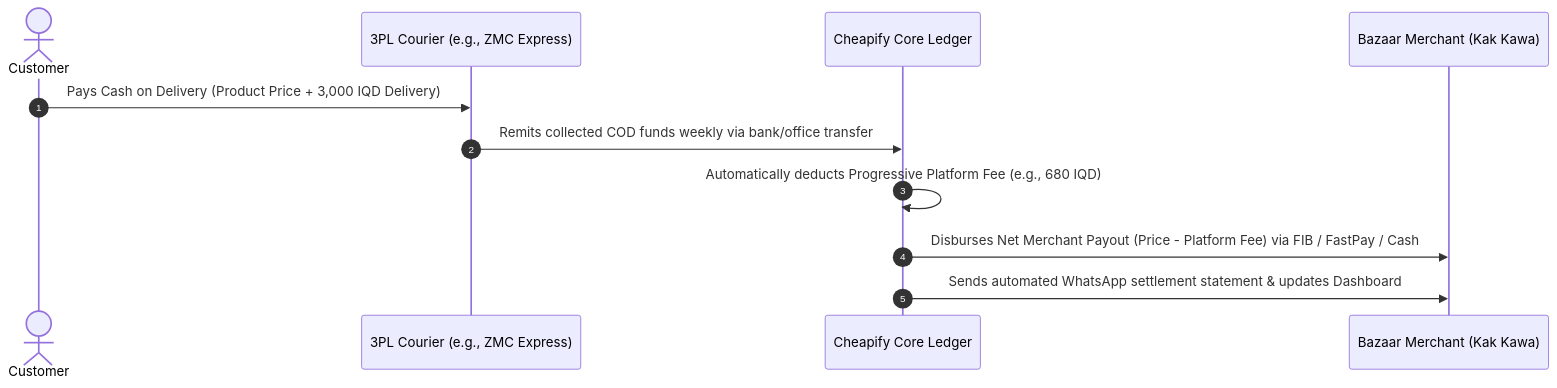
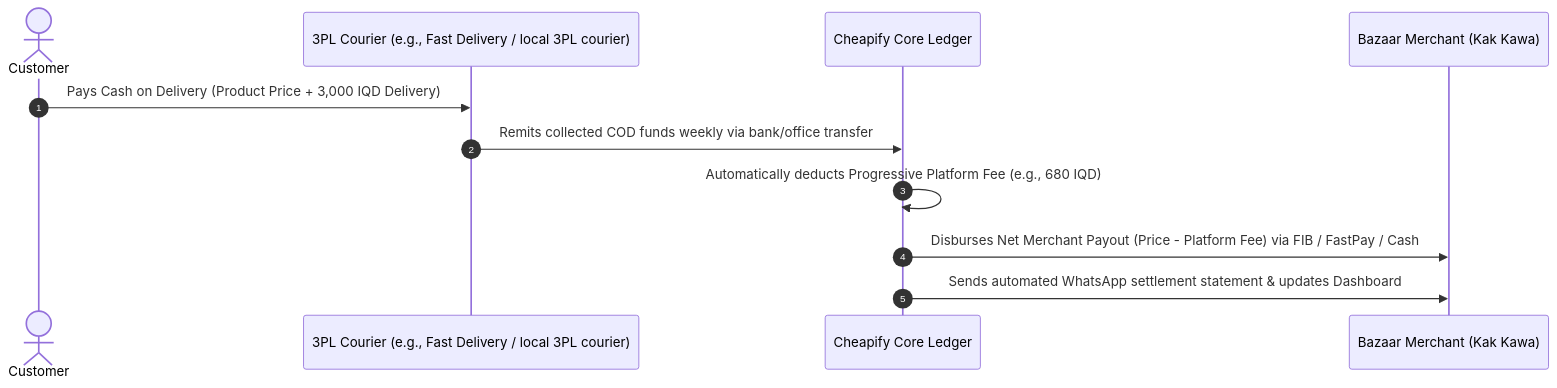
One commit to shakerbr/cheapify changed the diagram in platform/fee_structure_and_monetization.md. Above: the diagram before and after it, drawn with Mermaid. The commit also changed 16 other files, not shown here.

First line of the commit message:
Update courier cost verification, add slow-adoption floor scenario, flip planning/upside labels, document first merchant interview findings, and correct ZMC Express positioning across 9 files

````diff
--- a/platform/fee_structure_and_monetization.md
+++ b/platform/fee_structure_and_monetization.md
@@ -177,14 +177,14 @@
 ```mermaid
 sequenceDiagram
     autonumber
     actor Customer
-    participant Courier as 3PL Courier (e.g., ZMC Express)
+    participant Courier as 3PL Courier (e.g., Fast Delivery / local 3PL courier)
     participant Cheapify as Cheapify Core Ledger
     participant Merchant as Bazaar Merchant (Kak Kawa)
 
     Customer->>Courier: Pays Cash on Delivery (Product Price + 3,000 IQD Delivery)
     Courier->>Cheapify: Remits collected COD funds weekly via bank/office transfer
     Cheapify->>Cheapify: Automatically deducts Progressive Platform Fee (e.g., 680 IQD)
     Cheapify->>Merchant: Disburses Net Merchant Payout (Price - Platform Fee) via FIB / FastPay / Cash
     Cheapify->>Merchant: Sends automated WhatsApp settlement statement & updates Dashboard
 ```
````
